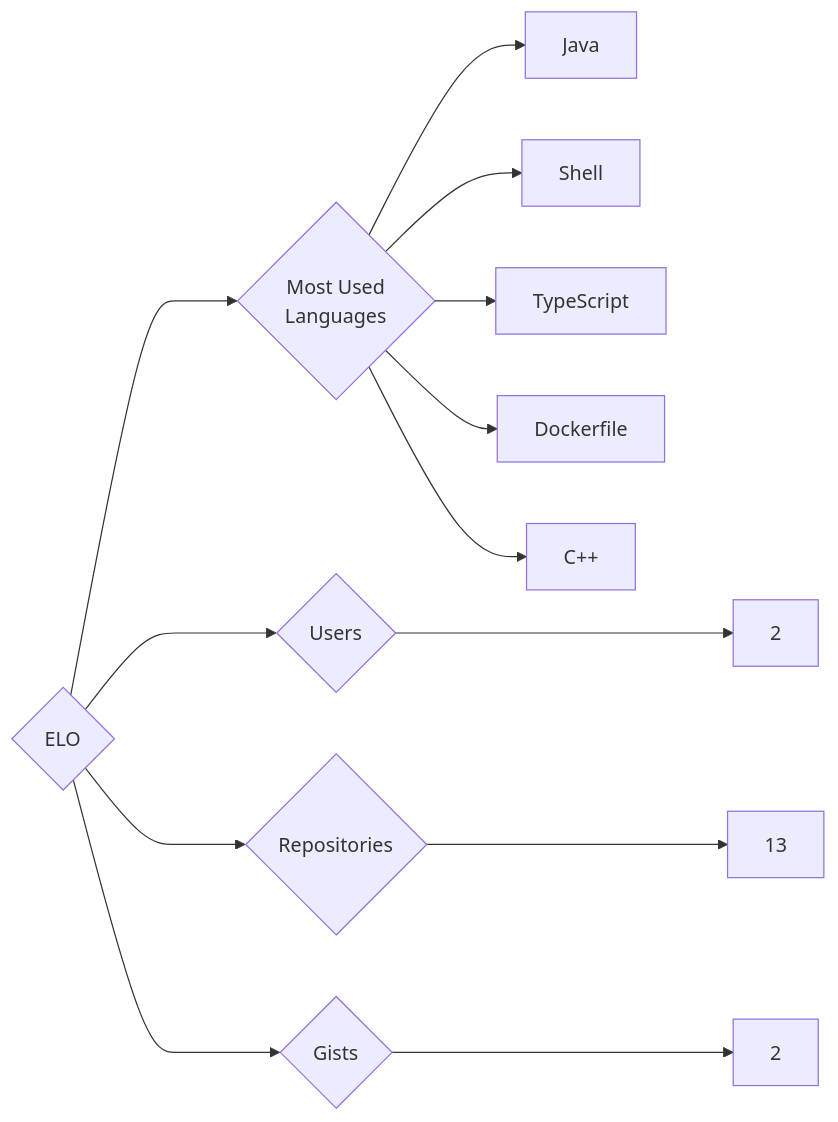
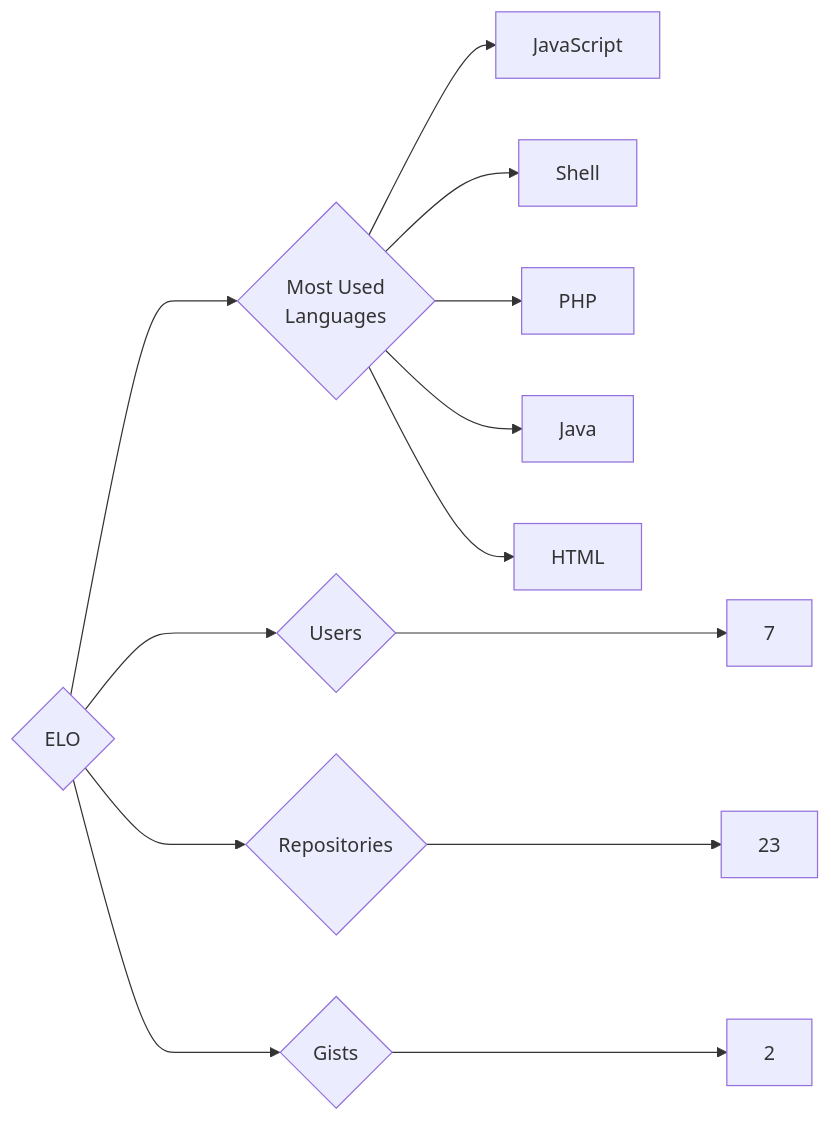
Before and after one commit to trickest/insiders: the diagram in targets/ELO/README.md, drawn with Mermaid. The commit also changed 1175 other files, not shown here.

````diff
--- a/targets/ELO/README.md
+++ b/targets/ELO/README.md
@@ -3,13 +3,13 @@
 ```mermaid
 graph LR
 COMPANY_NAME{ELO}
-COMPANY_NAME ---> U{Users} ---> UN[2]
-COMPANY_NAME ---> R{Repositories} ---> RN[13]
+COMPANY_NAME ---> U{Users} ---> UN[7]
+COMPANY_NAME ---> R{Repositories} ---> RN[23]
 COMPANY_NAME ---> G{Gists} ---> GN[2]
 COMPANY_NAME ---> ML{Most Used<br>Languages}
+ML --> JavaScript[JavaScript]
+ML --> Shell[Shell]
+ML --> PHP[PHP]
 ML --> Java[Java]
-ML --> Shell[Shell]
-ML --> TypeScript[TypeScript]
-ML --> Dockerfile[Dockerfile]
-ML --> C++[C++]
+ML --> HTML[HTML]
 ```
````
